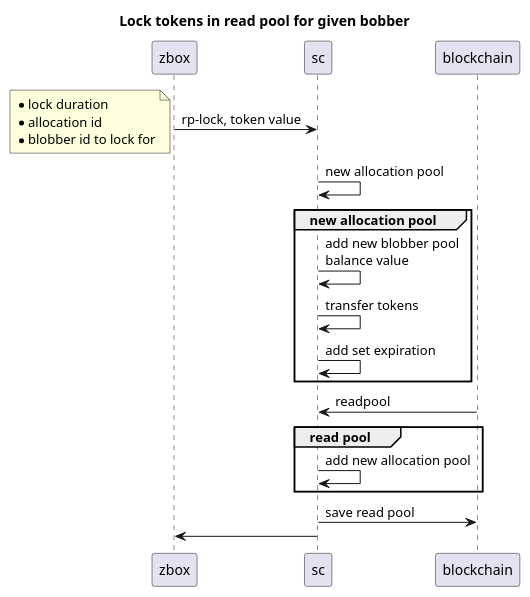
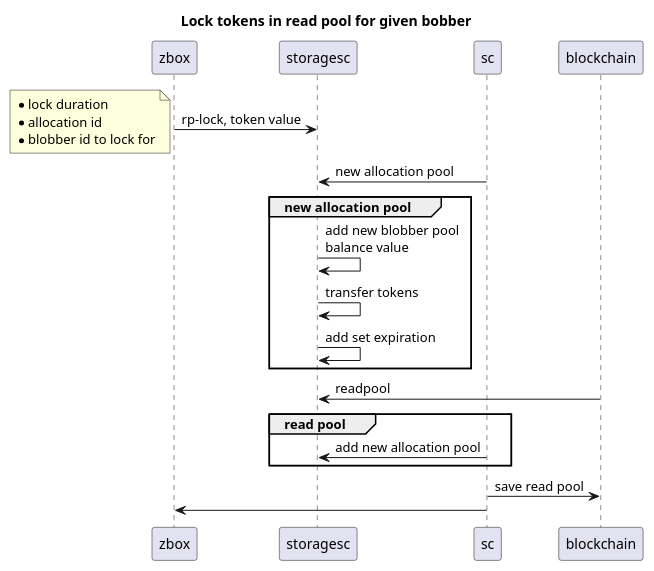
Before and after one commit to 0chain/zboxcli: diagram 27 of 32 in documents/uml.md, drawn with PlantUML. The commit also changed other lines of this file and 1 other file, not shown here.

````diff
--- a/documents/uml.md
+++ b/documents/uml.md
@@ -620,21 +626,21 @@
 ```puml
 title Lock tokens in read pool for given bobber
-zbox -> sc : rp-lock, token value
+zbox ->storagesc: rp-lock, token value
 note left
     * lock duration
     * allocation id
     * blobber id to lock for
 end note 
-sc -> sc : new allocation pool
+sc ->storagesc: new allocation pool
 group new allocation pool
-    sc -> sc : add new blobber pool\nbalance value
-    sc -> sc : transfer tokens
-    sc -> sc : add set expiration
+   storagesc->storagesc: add new blobber pool\nbalance value
+   storagesc->storagesc: transfer tokens
+   storagesc->storagesc: add set expiration
 end
-blockchain -> sc : readpool
+blockchain ->storagesc: readpool
 group read pool
-sc -> sc : add new allocation pool
+sc ->storagesc: add new allocation pool
 end 
 sc -> blockchain : save read pool
 sc -> zbox
 ```
````
